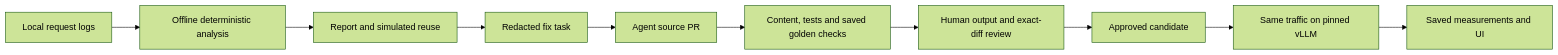
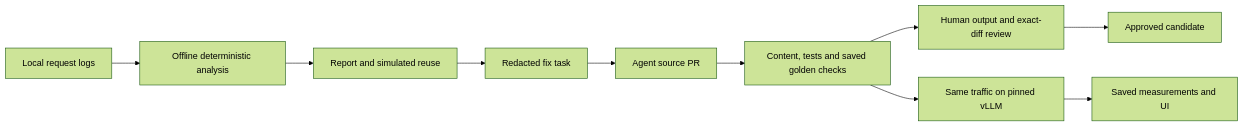
The diagram in README.md (mohi-devhub/cachekit), drawn with Mermaid (forest theme) before and after one commit. The commit also changed other lines of this file and 12 other files, not shown here.

````diff
--- a/README.md
+++ b/README.md
@@ -25,12 +25,12 @@
 ```mermaid
 flowchart LR
     Logs[Local request logs] --> Engine[Offline deterministic analysis]
     Engine --> Report[Report and simulated reuse]
     Report --> Task[Redacted fix task]
     Task --> Devin[Agent source PR]
     Devin --> Verify[Content, tests and saved golden checks]
     Verify --> Human[Human output and exact-diff review]
     Human --> Approval[Approved candidate]
-    Approval --> Replay[Same traffic on pinned vLLM]
+    Verify --> Replay[Same traffic on pinned vLLM]
     Replay --> Evidence[Saved measurements and UI]
 ```
````
